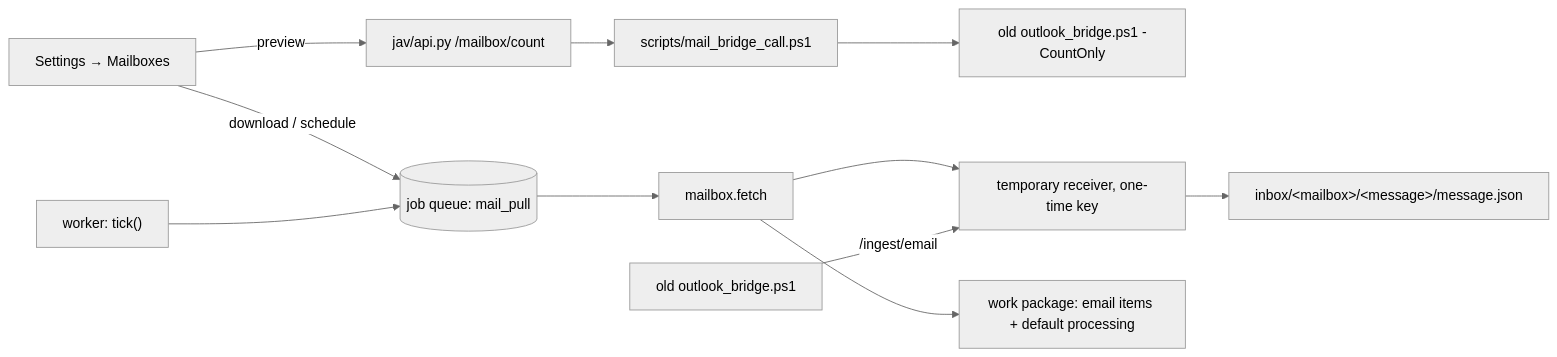
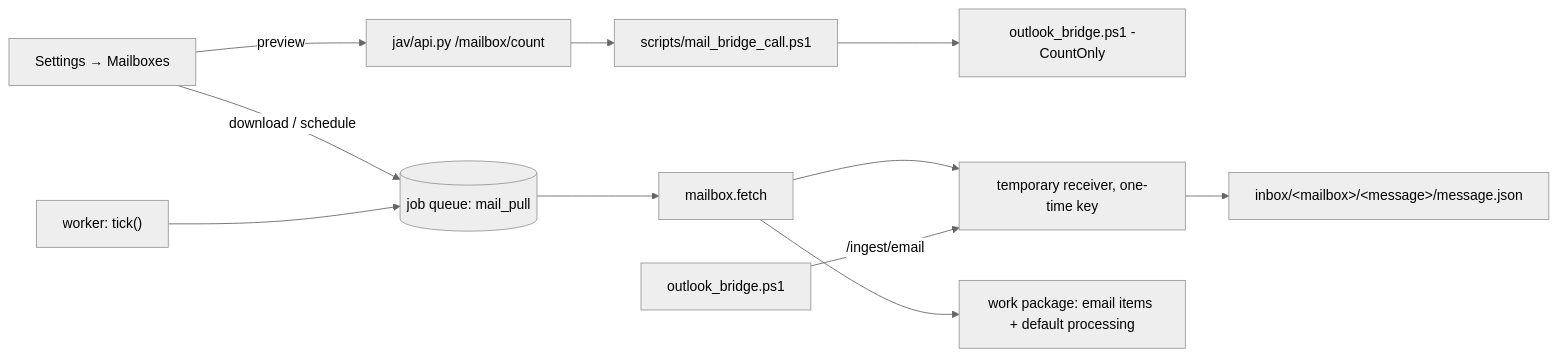
The fourth of 4 diagrams in docs/ARCHITECTURE.md (kassaiattila/58_JEV_AI), drawn with Mermaid (neutral theme) before and after one commit. The commit also changed other lines of this file and 9 other files, not shown here.

First line of the commit message:
feat(mailbox): the ported Outlook bridge reads the Sent Items folder; an unknown folder is an error (148)

````diff
--- a/docs/ARCHITECTURE.md
+++ b/docs/ARCHITECTURE.md
@@ -386,12 +386,12 @@
 ```mermaid
 flowchart LR
   UI["Settings → Mailboxes"] -->|preview| API[jav/api.py /mailbox/count]
-  API --> W[scripts/mail_bridge_call.ps1] --> B[old outlook_bridge.ps1 -CountOnly]
+  API --> W[scripts/mail_bridge_call.ps1] --> B[outlook_bridge.ps1 -CountOnly]
   UI -->|download / schedule| Q[(job queue: mail_pull)]
   T["worker: tick()"] --> Q
   Q --> F[mailbox.fetch]
   F --> R[temporary receiver, one-time key]
-  B2[old outlook_bridge.ps1] -->|/ingest/email| R
+  B2[outlook_bridge.ps1] -->|/ingest/email| R
   R --> I[inbox/&lt;mailbox&gt;/&lt;message&gt;/message.json]
   F --> WP[work package: email items + default processing]
 ```
````
